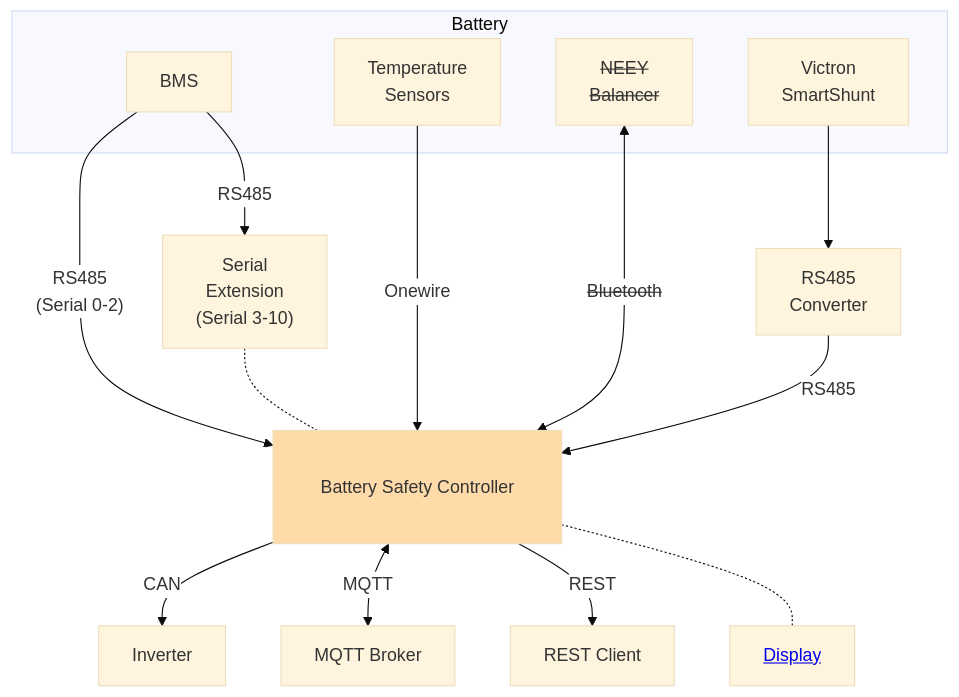
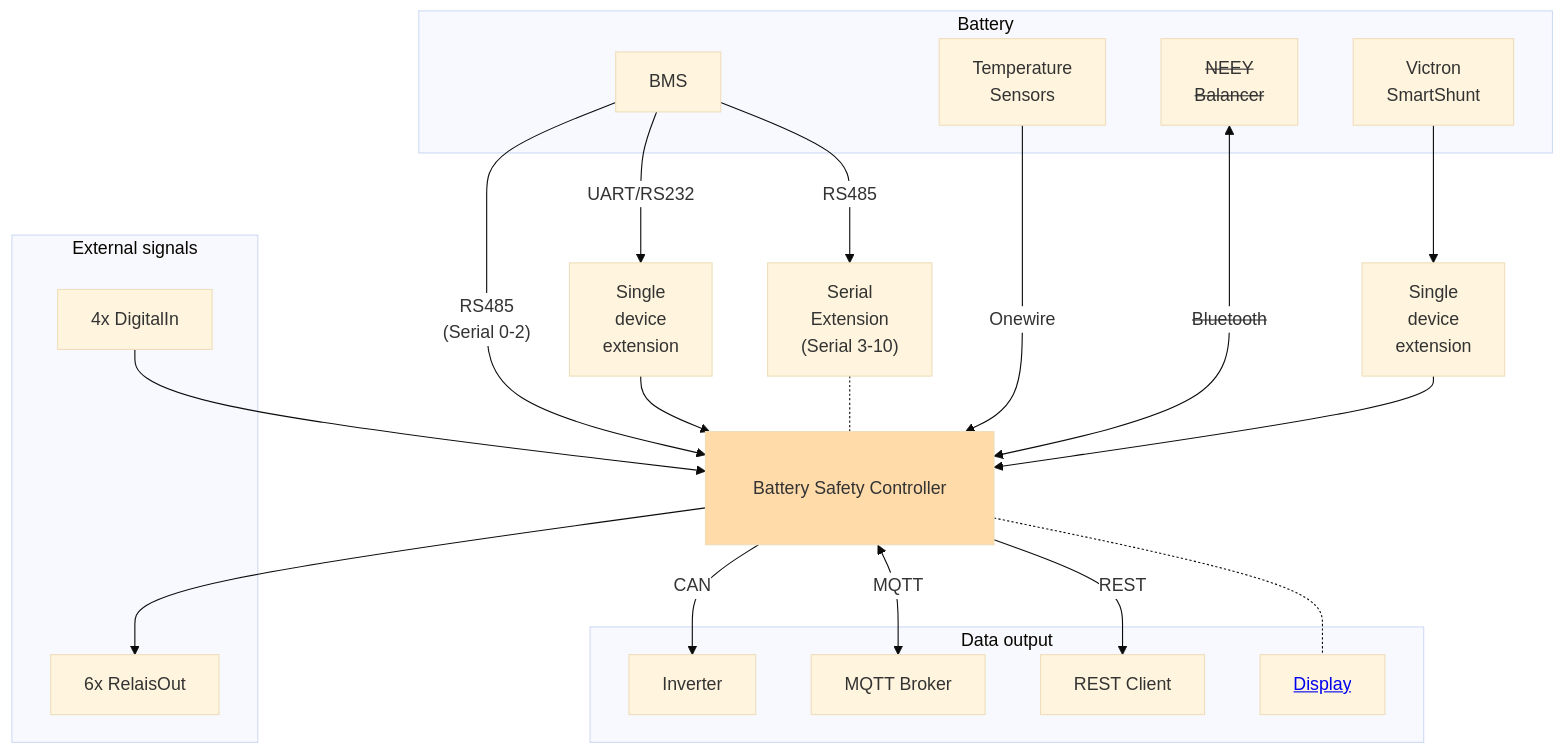
One commit to bsc-org/bsc changed the diagram in docs/system_overview.md. Above: the diagram before and after it, drawn with Mermaid.

Commit message:
Systemüberblick-Diagramm aktualisiert

````diff
--- a/docs/system_overview.md
+++ b/docs/system_overview.md
@@ -4,32 +4,48 @@
 ```mermaid
 %%{init: {
     'theme': 'base', 
     'themeVariables': { 'fontSize': '16px', 'fontFamily': 'Arial', 'edgeLabelBackground': 'white'}
 }}%%
 
 
 flowchart TD
     BMS[BMS] -- "RS485<br>(Serial 0-2)" --> BSC
+    BMS[BMS] -- UART/RS232 --> SDE["Single<br>device<br>extension"] --> BSC
     TEMP_SENSOR[Temperature<br>Sensors] -- Onewire --> BSC
     NEEY[<s>NEEY<br>Balancer</s>] <-- <s>Bluetooth</s> --> BSC
-    VICTRON_SHUNT[Victron<br>SmartShunt] --> VICTRON_SHUNT_CONV[RS485<br>Converter] -- RS485 --> BSC
+    VICTRON_SHUNT[Victron<br>SmartShunt] --> VICTRON_SHUNT_CONV["Single<br>device<br>extension"] --> BSC
     BSC -- CAN --> CAN[Inverter]
     BSC <-- MQTT --> MQTT_BROKER[MQTT Broker]
     BSC -- REST --> REST[REST Client]
 
-    BSC[Extension<br>Interface] -.- E1[<a href='../hardware#bsc-display'>Display</a>]
+    DigitalIn --> BSC
+    BSC --> RelaisOut
+
+    BSC[Extension<br>Interface] -.- Display[<a href='../hardware#bsc-display'>Display</a>]
     SE["Serial<br>Extension<br>(Serial 3-10)"] -.- BSC
     BMS -- RS485 --> SE
 
     BSC[Battery Safety Controller]:::wide
     
-    subgraph Battery  
+    subgraph subGraph0["Battery"]
         BMS
         TEMP_SENSOR
         NEEY
         VICTRON_SHUNT
     end
 
+    subgraph subGraph1["Data output"]
+        CAN
+        MQTT_BROKER
+        REST
+        Display
+    end
+
+    subgraph subGraph2["External signals"]
+        DigitalIn["4x DigitalIn"]
+        RelaisOut["6x RelaisOut"]
+    end
+
 classDef wide padding:200px
 style BSC fill:#ffdbaa 
 ```
````
